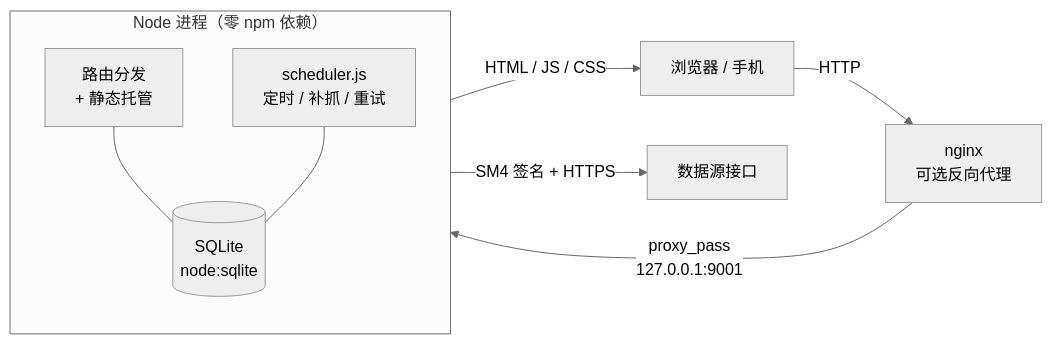
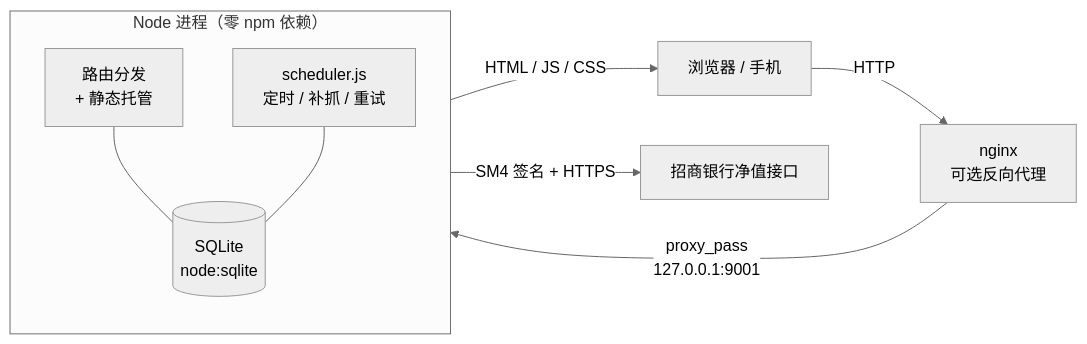
One commit to zuoyigenulidexiaobai/cmb-nav-assistant changed the diagram in README.md. Above: the diagram before and after it, drawn with Mermaid (neutral theme). The commit also changed other lines of this file and 2 other files, not shown here.

````diff
--- a/README.md
+++ b/README.md
@@ -161,17 +212,17 @@
 ```mermaid
 flowchart LR
     B["浏览器 / 手机"] -->|HTTP| N["nginx<br/>可选反向代理"]
     N -->|proxy_pass<br/>127.0.0.1:9001| A["Node 单进程<br/>server/index.js"]
 
     subgraph A["Node 进程（零 npm 依赖）"]
         direction TB
         R["路由分发<br/>+ 静态托管"]
         S["scheduler.js<br/>定时 / 补抓 / 重试"]
         Q[("SQLite<br/>node:sqlite")]
         R --- Q
         S --- Q
     end
 
-    S -->|SM4 签名 + HTTPS| D["数据源接口"]
+    S -->|SM4 签名 + HTTPS| D["招商银行净值接口"]
     R -->|HTML / JS / CSS| B
 ```
````
